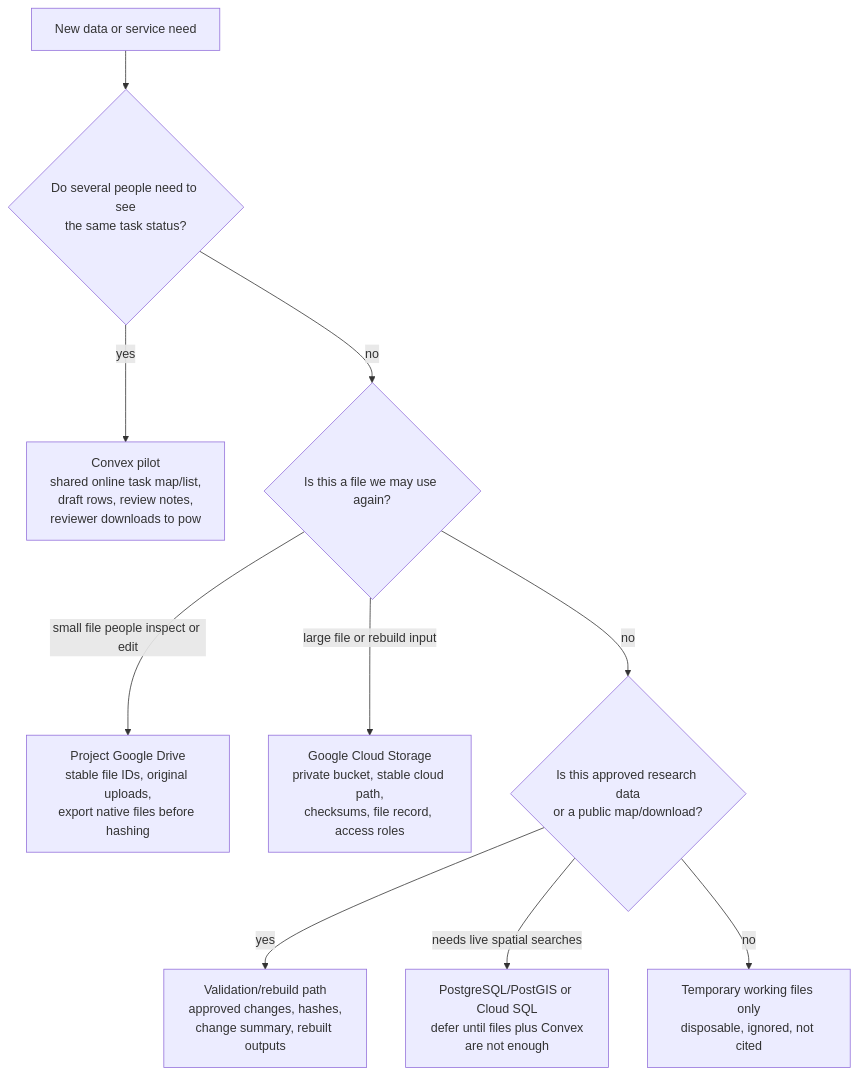
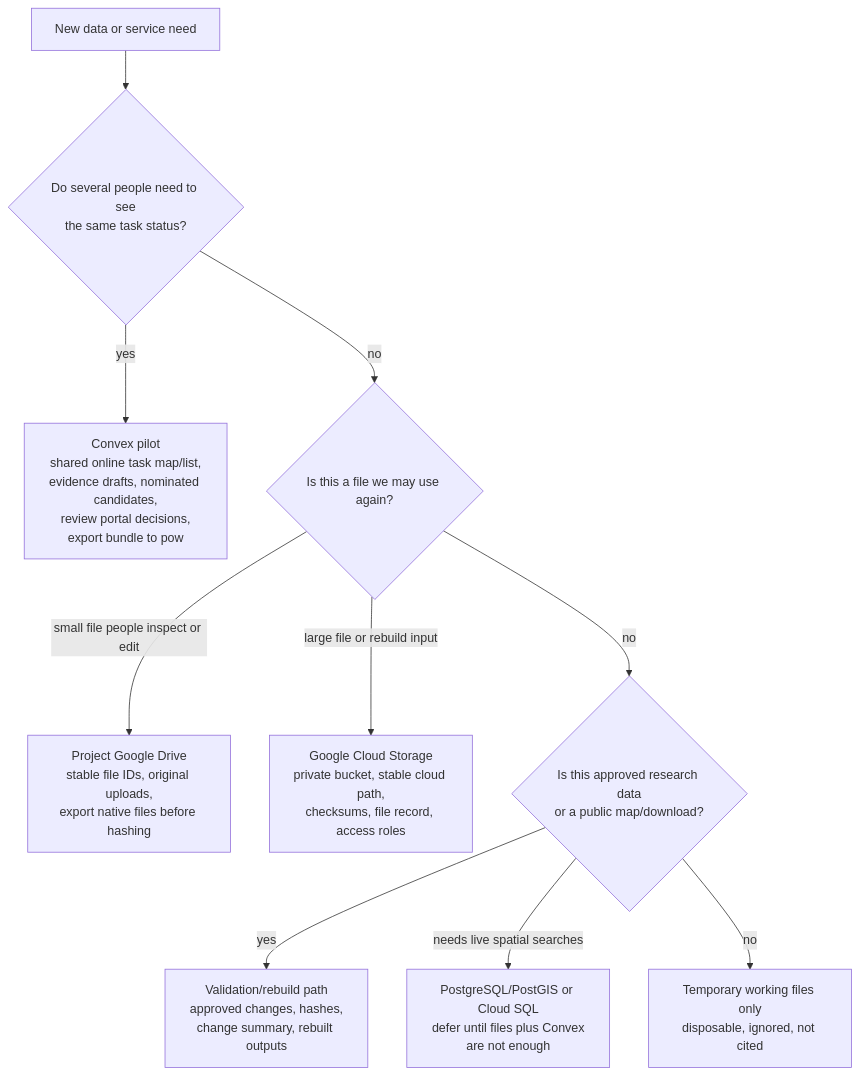
The third of 3 diagrams in docs/data-storage-pipeline.md (go-bayes/places-of-worship), drawn with Mermaid before and after one commit. The commit also changed other lines of this file and 4 other files, not shown here.

Commit message:
update review portal dataflow

````diff
--- a/docs/data-storage-pipeline.md
+++ b/docs/data-storage-pipeline.md
@@ -190,12 +196,12 @@
 ```mermaid
 flowchart TD
   A["New data or service need"] --> B{"Do several people need to see<br/>the same task status?"}
-  B -->|yes| C["Convex pilot<br/>shared online task map/list,<br/>draft rows, review notes,<br/>reviewer downloads to pow"]
+  B -->|yes| C["Convex pilot<br/>shared online task map/list,<br/>evidence drafts, nominated candidates,<br/>review portal decisions,<br/>export bundle to pow"]
   B -->|no| D{"Is this a file we may use again?"}
   D -->|small file people inspect or edit| E["Project Google Drive<br/>stable file IDs, original uploads,<br/>export native files before hashing"]
   D -->|large file or rebuild input| F["Google Cloud Storage<br/>private bucket, stable cloud path,<br/>checksums, file record, access roles"]
   D -->|no| G{"Is this approved research data<br/>or a public map/download?"}
   G -->|yes| H["Validation/rebuild path<br/>approved changes, hashes,<br/>change summary, rebuilt outputs"]
   G -->|needs live spatial searches| I["PostgreSQL/PostGIS or Cloud SQL<br/>defer until files plus Convex<br/>are not enough"]
   G -->|no| J["Temporary working files only<br/>disposable, ignored, not cited"]
 ```
````
